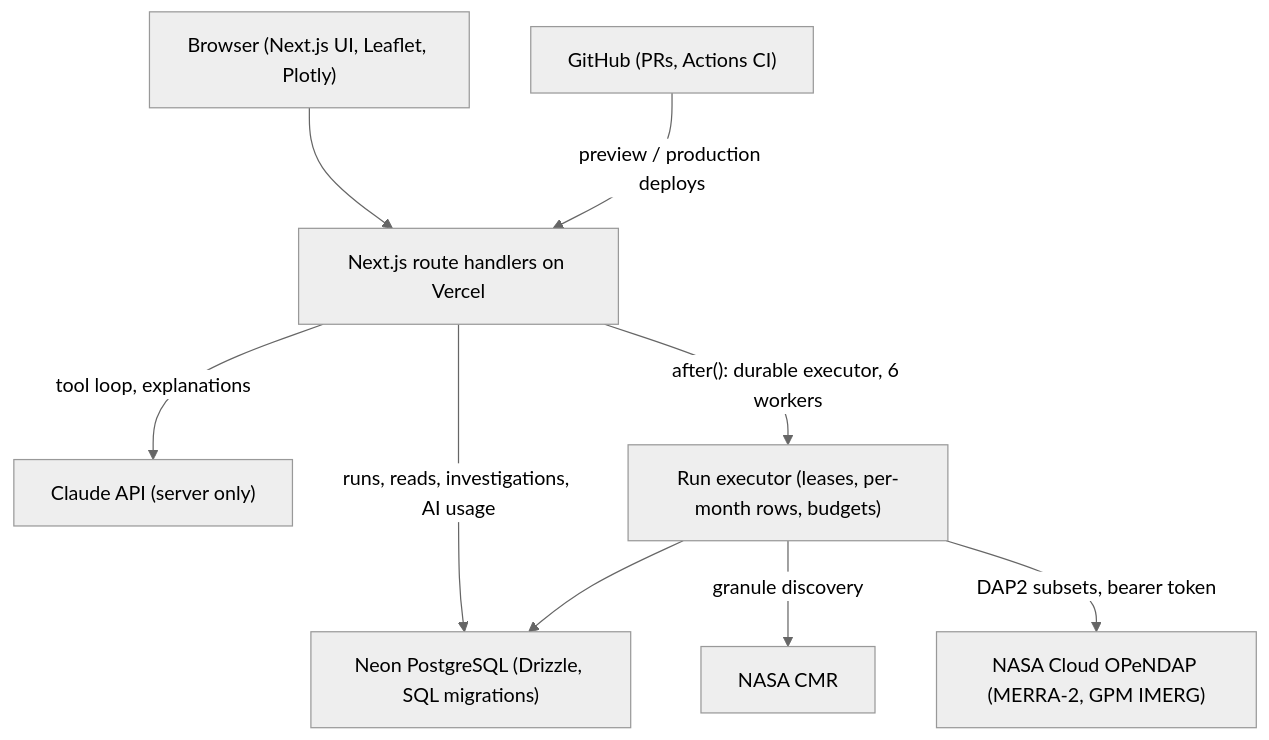
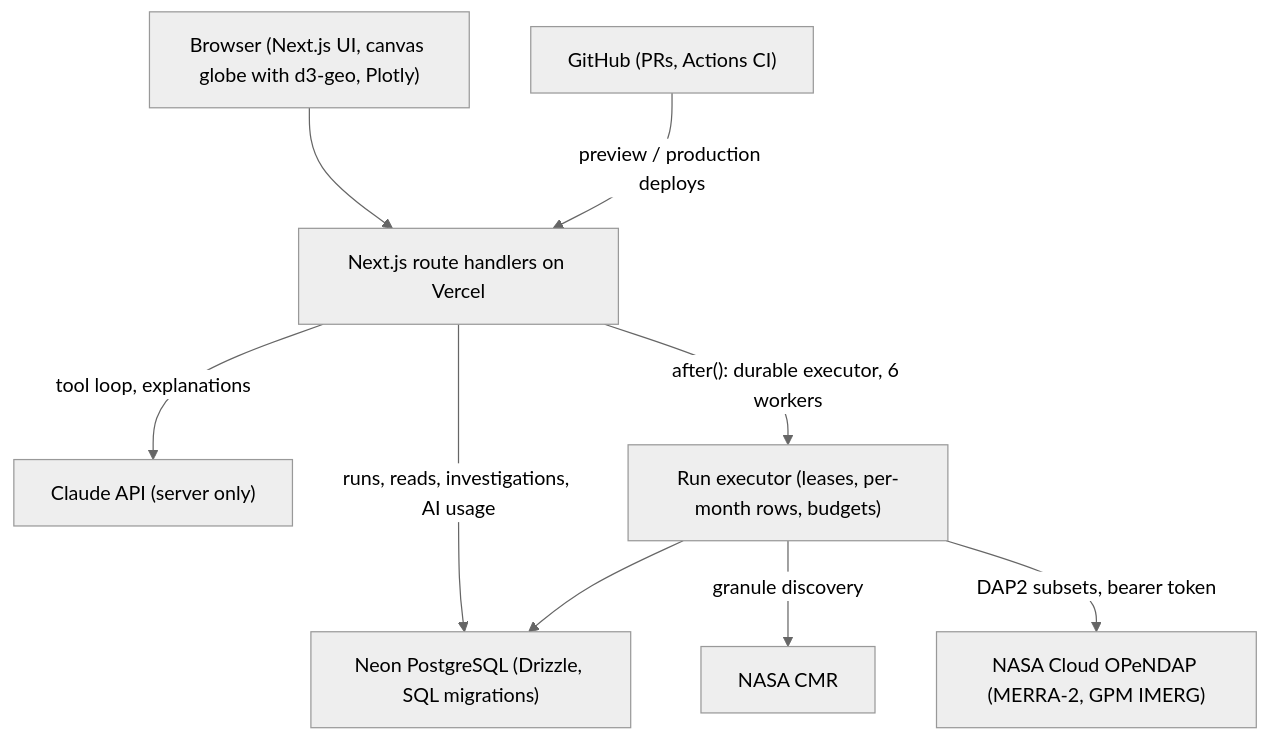
One commit to MariaAlejandraBoadaRodriguez/cryonova changed the diagram in README.md. Above: the diagram before and after it, drawn with Mermaid (neutral theme). The commit also changed other lines of this file and 1 other file, not shown here.

````diff
--- a/README.md
+++ b/README.md
@@ -31,11 +37,11 @@
 ```mermaid
 flowchart TD
-  Browser["Browser (Next.js UI, Leaflet, Plotly)"] --> Web["Next.js route handlers on Vercel"]
+  Browser["Browser (Next.js UI, canvas globe with d3-geo, Plotly)"] --> Web["Next.js route handlers on Vercel"]
   Web -->|"tool loop, explanations"| Claude["Claude API (server only)"]
   Web -->|"runs, reads, investigations, AI usage"| Neon["Neon PostgreSQL (Drizzle, SQL migrations)"]
   Web -->|"after(): durable executor, 6 workers"| Runner["Run executor (leases, per-month rows, budgets)"]
   Runner -->|"granule discovery"| CMR["NASA CMR"]
   Runner -->|"DAP2 subsets, bearer token"| OPeNDAP["NASA Cloud OPeNDAP (MERRA-2, GPM IMERG)"]
   Runner --> Neon
   GitHub["GitHub (PRs, Actions CI)"] -->|"preview / production deploys"| Web
 ```
````
